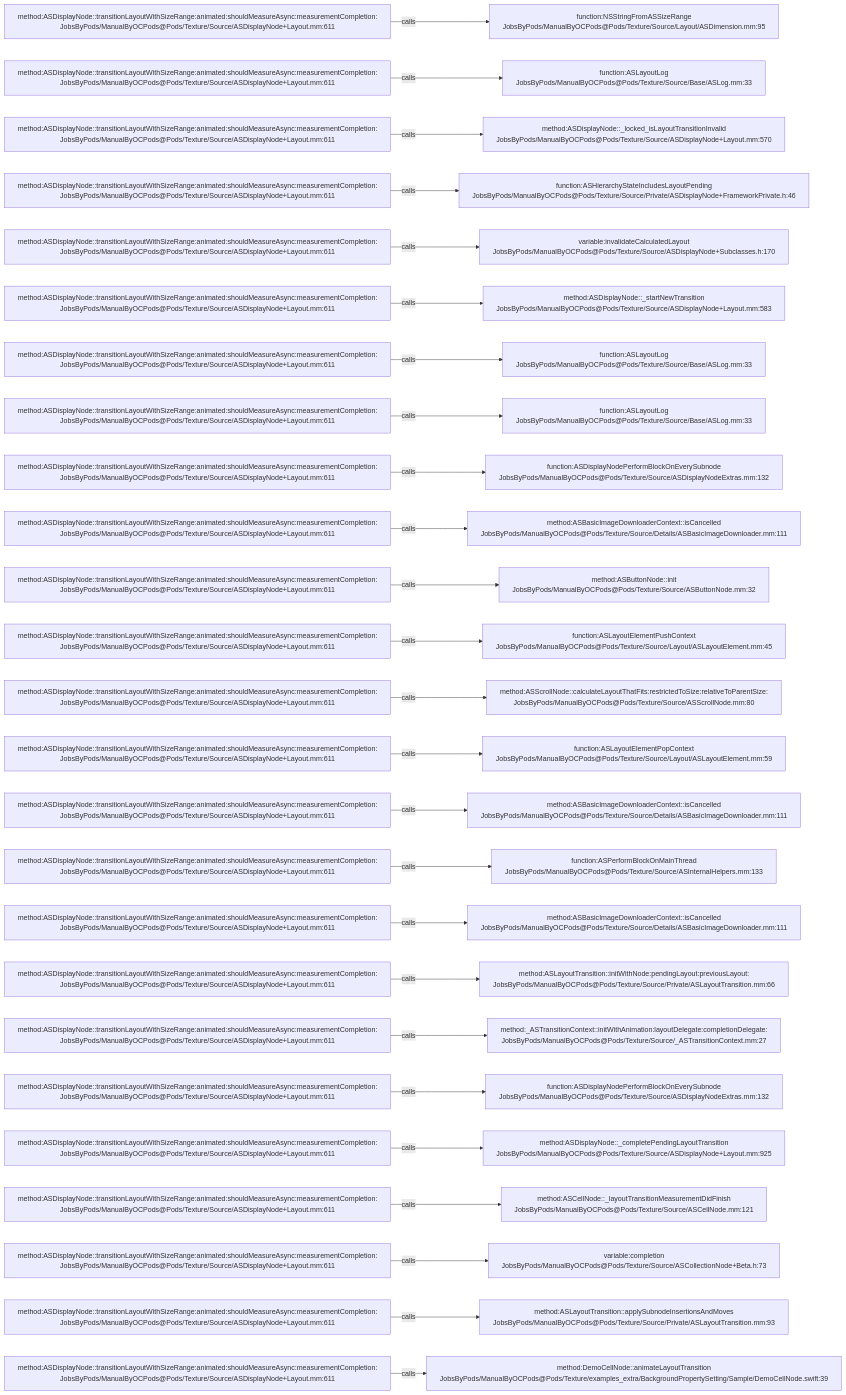
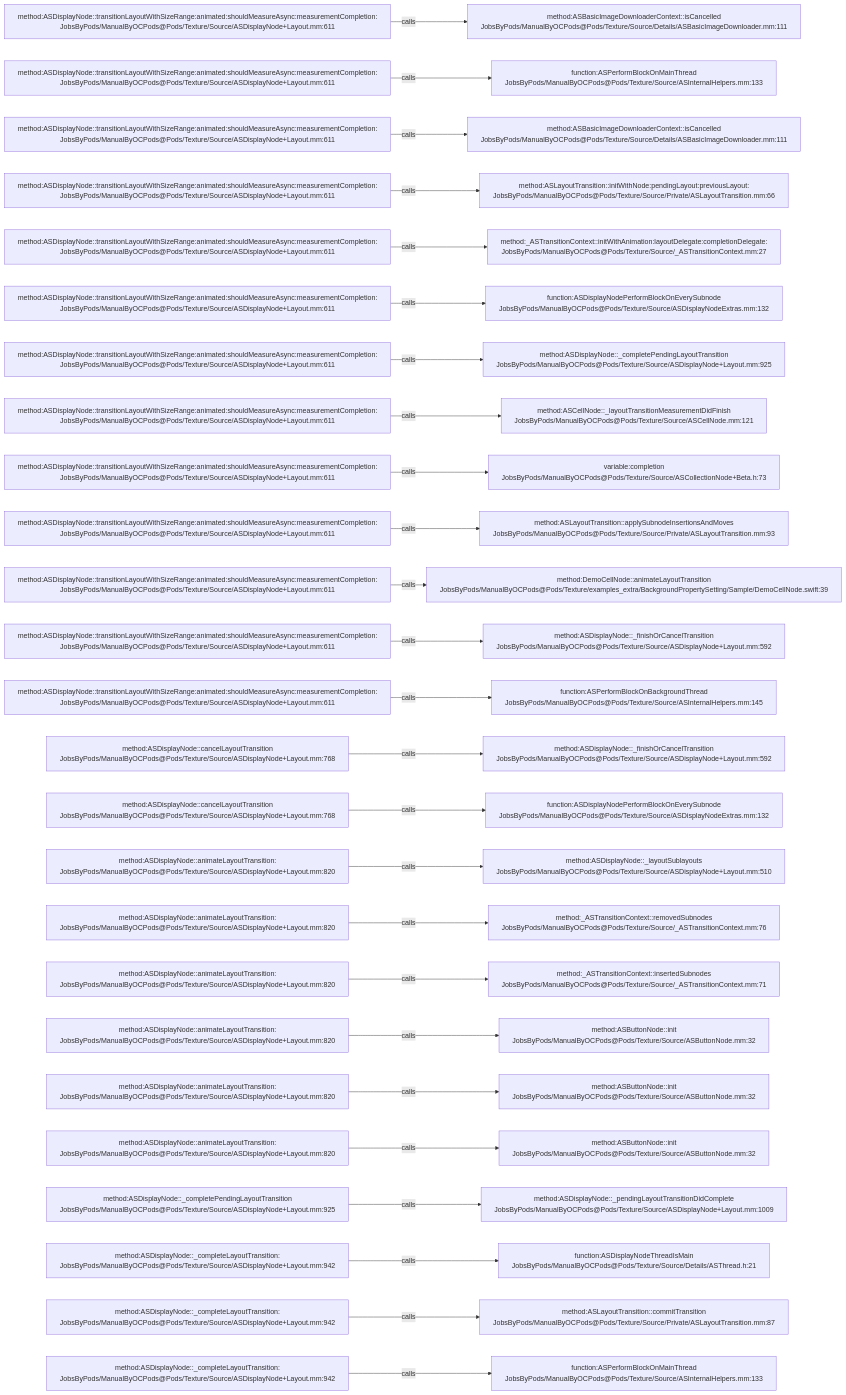
Before and after one commit to JobsKits/JobsOCBaseConfigDemo: the diagram in .codegraph/codegraph.md/graphs/calls-094.md, drawn with Mermaid. The commit also changed 296 other files, not shown here.

````diff
--- a/.codegraph/codegraph.md/graphs/calls-094.md
+++ b/.codegraph/codegraph.md/graphs/calls-094.md
@@ -13,78 +13,78 @@
 ```mermaid
 flowchart LR
   S1["method:ASDisplayNode::transitionLayoutWithSizeRange:animated:shouldMeasureAsync:measurementCompletion:<br/>JobsByPods/ManualByOCPods@Pods/Texture/Source/ASDisplayNode+Layout.mm:611"]
-  T1["function:NSStringFromASSizeRange<br/>JobsByPods/ManualByOCPods@Pods/Texture/Source/Layout/ASDimension.mm:95"]
+  T1["method:ASBasicImageDownloaderContext::isCancelled<br/>JobsByPods/ManualByOCPods@Pods/Texture/Source/Details/ASBasicImageDownloader.mm:111"]
   S1 -->|calls| T1
   S2["method:ASDisplayNode::transitionLayoutWithSizeRange:animated:shouldMeasureAsync:measurementCompletion:<br/>JobsByPods/ManualByOCPods@Pods/Texture/Source/ASDisplayNode+Layout.mm:611"]
-  T2["function:ASLayoutLog<br/>JobsByPods/ManualByOCPods@Pods/Texture/Source/Base/ASLog.mm:33"]
+  T2["function:ASPerformBlockOnMainThread<br/>JobsByPods/ManualByOCPods@Pods/Texture/Source/ASInternalHelpers.mm:133"]
   S2 -->|calls| T2
   S3["method:ASDisplayNode::transitionLayoutWithSizeRange:animated:shouldMeasureAsync:measurementCompletion:<br/>JobsByPods/ManualByOCPods@Pods/Texture/Source/ASDisplayNode+Layout.mm:611"]
-  T3["method:ASDisplayNode::_locked_isLayoutTransitionInvalid<br/>JobsByPods/ManualByOCPods@Pods/Texture/Source/ASDisplayNode+Layout.mm:570"]
+  T3["method:ASBasicImageDownloaderContext::isCancelled<br/>JobsByPods/ManualByOCPods@Pods/Texture/Source/Details/ASBasicImageDownloader.mm:111"]
   S3 -->|calls| T3
   S4["method:ASDisplayNode::transitionLayoutWithSizeRange:animated:shouldMeasureAsync:measurementCompletion:<br/>JobsByPods/ManualByOCPods@Pods/Texture/Source/ASDisplayNode+Layout.mm:611"]
-  T4["function:ASHierarchyStateIncludesLayoutPending<br/>JobsByPods/ManualByOCPods@Pods/Texture/Source/Private/ASDisplayNode+FrameworkPrivate.h:46"]
+  T4["method:ASLayoutTransition::initWithNode:pendingLayout:previousLayout:<br/>JobsByPods/ManualByOCPods@Pods/Texture/Source/Private/ASLayoutTransition.mm:66"]
   S4 -->|calls| T4
   S5["method:ASDisplayNode::transitionLayoutWithSizeRange:animated:shouldMeasureAsync:measurementCompletion:<br/>JobsByPods/ManualByOCPods@Pods/Texture/Source/ASDisplayNode+Layout.mm:611"]
-  T5["variable:invalidateCalculatedLayout<br/>JobsByPods/ManualByOCPods@Pods/Texture/Source/ASDisplayNode+Subclasses.h:170"]
+  T5["method:_ASTransitionContext::initWithAnimation:layoutDelegate:completionDelegate:<br/>JobsByPods/ManualByOCPods@Pods/Texture/Source/_ASTransitionContext.mm:27"]
   S5 -->|calls| T5
   S6["method:ASDisplayNode::transitionLayoutWithSizeRange:animated:shouldMeasureAsync:measurementCompletion:<br/>JobsByPods/ManualByOCPods@Pods/Texture/Source/ASDisplayNode+Layout.mm:611"]
-  T6["method:ASDisplayNode::_startNewTransition<br/>JobsByPods/ManualByOCPods@Pods/Texture/Source/ASDisplayNode+Layout.mm:583"]
+  T6["function:ASDisplayNodePerformBlockOnEverySubnode<br/>JobsByPods/ManualByOCPods@Pods/Texture/Source/ASDisplayNodeExtras.mm:132"]
   S6 -->|calls| T6
   S7["method:ASDisplayNode::transitionLayoutWithSizeRange:animated:shouldMeasureAsync:measurementCompletion:<br/>JobsByPods/ManualByOCPods@Pods/Texture/Source/ASDisplayNode+Layout.mm:611"]
-  T7["function:ASLayoutLog<br/>JobsByPods/ManualByOCPods@Pods/Texture/Source/Base/ASLog.mm:33"]
+  T7["method:ASDisplayNode::_completePendingLayoutTransition<br/>JobsByPods/ManualByOCPods@Pods/Texture/Source/ASDisplayNode+Layout.mm:925"]
   S7 -->|calls| T7
   S8["method:ASDisplayNode::transitionLayoutWithSizeRange:animated:shouldMeasureAsync:measurementCompletion:<br/>JobsByPods/ManualByOCPods@Pods/Texture/Source/ASDisplayNode+Layout.mm:611"]
-  T8["function:ASLayoutLog<br/>JobsByPods/ManualByOCPods@Pods/Texture/Source/Base/ASLog.mm:33"]
+  T8["method:ASCellNode::_layoutTransitionMeasurementDidFinish<br/>JobsByPods/ManualByOCPods@Pods/Texture/Source/ASCellNode.mm:121"]
   S8 -->|calls| T8
   S9["method:ASDisplayNode::transitionLayoutWithSizeRange:animated:shouldMeasureAsync:measurementCompletion:<br/>JobsByPods/ManualByOCPods@Pods/Texture/Source/ASDisplayNode+Layout.mm:611"]
-  T9["function:ASDisplayNodePerformBlockOnEverySubnode<br/>JobsByPods/ManualByOCPods@Pods/Texture/Source/ASDisplayNodeExtras.mm:132"]
+  T9["variable:completion<br/>JobsByPods/ManualByOCPods@Pods/Texture/Source/ASCollectionNode+Beta.h:73"]
   S9 -->|calls| T9
   S10["method:ASDisplayNode::transitionLayoutWithSizeRange:animated:shouldMeasureAsync:measurementCompletion:<br/>JobsByPods/ManualByOCPods@Pods/Texture/Source/ASDisplayNode+Layout.mm:611"]
-  T10["method:ASBasicImageDownloaderContext::isCancelled<br/>JobsByPods/ManualByOCPods@Pods/Texture/Source/Details/ASBasicImageDownloader.mm:111"]
+  T10["method:ASLayoutTransition::applySubnodeInsertionsAndMoves<br/>JobsByPods/ManualByOCPods@Pods/Texture/Source/Private/ASLayoutTransition.mm:93"]
   S10 -->|calls| T10
   S11["method:ASDisplayNode::transitionLayoutWithSizeRange:animated:shouldMeasureAsync:measurementCompletion:<br/>JobsByPods/ManualByOCPods@Pods/Texture/Source/ASDisplayNode+Layout.mm:611"]
-  T11["method:ASButtonNode::init<br/>JobsByPods/ManualByOCPods@Pods/Texture/Source/ASButtonNode.mm:32"]
+  T11["method:DemoCellNode::animateLayoutTransition<br/>JobsByPods/ManualByOCPods@Pods/Texture/examples_extra/BackgroundPropertySetting/Sample/DemoCellNode.swift:39"]
   S11 -->|calls| T11
   S12["method:ASDisplayNode::transitionLayoutWithSizeRange:animated:shouldMeasureAsync:measurementCompletion:<br/>JobsByPods/ManualByOCPods@Pods/Texture/Source/ASDisplayNode+Layout.mm:611"]
-  T12["function:ASLayoutElementPushContext<br/>JobsByPods/ManualByOCPods@Pods/Texture/Source/Layout/ASLayoutElement.mm:45"]
+  T12["method:ASDisplayNode::_finishOrCancelTransition<br/>JobsByPods/ManualByOCPods@Pods/Texture/Source/ASDisplayNode+Layout.mm:592"]
   S12 -->|calls| T12
   S13["method:ASDisplayNode::transitionLayoutWithSizeRange:animated:shouldMeasureAsync:measurementCompletion:<br/>JobsByPods/ManualByOCPods@Pods/Texture/Source/ASDisplayNode+Layout.mm:611"]
-  T13["method:ASScrollNode::calculateLayoutThatFits:restrictedToSize:relativeToParentSize:<br/>JobsByPods/ManualByOCPods@Pods/Texture/Source/ASScrollNode.mm:80"]
+  T13["function:ASPerformBlockOnBackgroundThread<br/>JobsByPods/ManualByOCPods@Pods/Texture/Source/ASInternalHelpers.mm:145"]
   S13 -->|calls| T13
-  S14["method:ASDisplayNode::transitionLayoutWithSizeRange:animated:shouldMeasureAsync:measurementCompletion:<br/>JobsByPods/ManualByOCPods@Pods/Texture/Source/ASDisplayNode+Layout.mm:611"]
-  T14["function:ASLayoutElementPopContext<br/>JobsByPods/ManualByOCPods@Pods/Texture/Source/Layout/ASLayoutElement.mm:59"]
+  S14["method:ASDisplayNode::cancelLayoutTransition<br/>JobsByPods/ManualByOCPods@Pods/Texture/Source/ASDisplayNode+Layout.mm:768"]
+  T14["method:ASDisplayNode::_finishOrCancelTransition<br/>JobsByPods/ManualByOCPods@Pods/Texture/Source/ASDisplayNode+Layout.mm:592"]
   S14 -->|calls| T14
-  S15["method:ASDisplayNode::transitionLayoutWithSizeRange:animated:shouldMeasureAsync:measurementCompletion:<br/>JobsByPods/ManualByOCPods@Pods/Texture/Source/ASDisplayNode+Layout.mm:611"]
-  T15["method:ASBasicImageDownloaderContext::isCancelled<br/>JobsByPods/ManualByOCPods@Pods/Texture/Source/Details/ASBasicImageDownloader.mm:111"]
+  S15["method:ASDisplayNode::cancelLayoutTransition<br/>JobsByPods/ManualByOCPods@Pods/Texture/Source/ASDisplayNode+Layout.mm:768"]
+  T15["function:ASDisplayNodePerformBlockOnEverySubnode<br/>JobsByPods/ManualByOCPods@Pods/Texture/Source/ASDisplayNodeExtras.mm:132"]
   S15 -->|calls| T15
-  S16["method:ASDisplayNode::transitionLayoutWithSizeRange:animated:shouldMeasureAsync:measurementCompletion:<br/>JobsByPods/ManualByOCPods@Pods/Texture/Source/ASDisplayNode+Layout.mm:611"]
-  T16["function:ASPerformBlockOnMainThread<br/>JobsByPods/ManualByOCPods@Pods/Texture/Source/ASInternalHelpers.mm:133"]
+  S16["method:ASDisplayNode::animateLayoutTransition:<br/>JobsByPods/ManualByOCPods@Pods/Texture/Source/ASDisplayNode+Layout.mm:820"]
+  T16["method:ASDisplayNode::_layoutSublayouts<br/>JobsByPods/ManualByOCPods@Pods/Texture/Source/ASDisplayNode+Layout.mm:510"]
   S16 -->|calls| T16
-  S17["method:ASDisplayNode::transitionLayoutWithSizeRange:animated:shouldMeasureAsync:measurementCompletion:<br/>JobsByPods/ManualByOCPods@Pods/Texture/Source/ASDisplayNode+Layout.mm:611"]
-  T17["method:ASBasicImageDownloaderContext::isCancelled<br/>JobsByPods/ManualByOCPods@Pods/Texture/Source/Details/ASBasicImageDownloader.mm:111"]
+  S17["method:ASDisplayNode::animateLayoutTransition:<br/>JobsByPods/ManualByOCPods@Pods/Texture/Source/ASDisplayNode+Layout.mm:820"]
+  T17["method:_ASTransitionContext::removedSubnodes<br/>JobsByPods/ManualByOCPods@Pods/Texture/Source/_ASTransitionContext.mm:76"]
   S17 -->|calls| T17
-  S18["method:ASDisplayNode::transitionLayoutWithSizeRange:animated:shouldMeasureAsync:measurementCompletion:<br/>JobsByPods/ManualByOCPods@Pods/Texture/Source/ASDisplayNode+Layout.mm:611"]
-  T18["method:ASLayoutTransition::initWithNode:pendingLayout:previousLayout:<br/>JobsByPods/ManualByOCPods@Pods/Texture/Source/Private/ASLayoutTransition.mm:66"]
+  S18["method:ASDisplayNode::animateLayoutTransition:<br/>JobsByPods/ManualByOCPods@Pods/Texture/Source/ASDisplayNode+Layout.mm:820"]
+  T18["method:_ASTransitionContext::insertedSubnodes<br/>JobsByPods/ManualByOCPods@Pods/Texture/Source/_ASTransitionContext.mm:71"]
   S18 -->|calls| T18
-  S19["method:ASDisplayNode::transitionLayoutWithSizeRange:animated:shouldMeasureAsync:measurementCompletion:<br/>JobsByPods/ManualByOCPods@Pods/Texture/Source/ASDisplayNode+Layout.mm:611"]
-  T19["method:_ASTransitionContext::initWithAnimation:layoutDelegate:completionDelegate:<br/>JobsByPods/ManualByOCPods@Pods/Texture/Source/_ASTransitionContext.mm:27"]
+  S19["method:ASDisplayNode::animateLayoutTransition:<br/>JobsByPods/ManualByOCPods@Pods/Texture/Source/ASDisplayNode+Layout.mm:820"]
+  T19["method:ASButtonNode::init<br/>JobsByPods/ManualByOCPods@Pods/Texture/Source/ASButtonNode.mm:32"]
   S19 -->|calls| T19
-  S20["method:ASDisplayNode::transitionLayoutWithSizeRange:animated:shouldMeasureAsync:measurementCompletion:<br/>JobsByPods/ManualByOCPods@Pods/Texture/Source/ASDisplayNode+Layout.mm:611"]
-  T20["function:ASDisplayNodePerformBlockOnEverySubnode<br/>JobsByPods/ManualByOCPods@Pods/Texture/Source/ASDisplayNodeExtras.mm:132"]
+  S20["method:ASDisplayNode::animateLayoutTransition:<br/>JobsByPods/ManualByOCPods@Pods/Texture/Source/ASDisplayNode+Layout.mm:820"]
+  T20["method:ASButtonNode::init<br/>JobsByPods/ManualByOCPods@Pods/Texture/Source/ASButtonNode.mm:32"]
   S20 -->|calls| T20
-  S21["method:ASDisplayNode::transitionLayoutWithSizeRange:animated:shouldMeasureAsync:measurementCompletion:<br/>JobsByPods/ManualByOCPods@Pods/Texture/Source/ASDisplayNode+Layout.mm:611"]
-  T21["method:ASDisplayNode::_completePendingLayoutTransition<br/>JobsByPods/ManualByOCPods@Pods/Texture/Source/ASDisplayNode+Layout.mm:925"]
+  S21["method:ASDisplayNode::animateLayoutTransition:<br/>JobsByPods/ManualByOCPods@Pods/Texture/Source/ASDisplayNode+Layout.mm:820"]
+  T21["method:ASButtonNode::init<br/>JobsByPods/ManualByOCPods@Pods/Texture/Source/ASButtonNode.mm:32"]
   S21 -->|calls| T21
-  S22["method:ASDisplayNode::transitionLayoutWithSizeRange:animated:shouldMeasureAsync:measurementCompletion:<br/>JobsByPods/ManualByOCPods@Pods/Texture/Source/ASDisplayNode+Layout.mm:611"]
-  T22["method:ASCellNode::_layoutTransitionMeasurementDidFinish<br/>JobsByPods/ManualByOCPods@Pods/Texture/Source/ASCellNode.mm:121"]
+  S22["method:ASDisplayNode::_completePendingLayoutTransition<br/>JobsByPods/ManualByOCPods@Pods/Texture/Source/ASDisplayNode+Layout.mm:925"]
+  T22["method:ASDisplayNode::_pendingLayoutTransitionDidComplete<br/>JobsByPods/ManualByOCPods@Pods/Texture/Source/ASDisplayNode+Layout.mm:1009"]
   S22 -->|calls| T22
-  S23["method:ASDisplayNode::transitionLayoutWithSizeRange:animated:shouldMeasureAsync:measurementCompletion:<br/>JobsByPods/ManualByOCPods@Pods/Texture/Source/ASDisplayNode+Layout.mm:611"]
-  T23["variable:completion<br/>JobsByPods/ManualByOCPods@Pods/Texture/Source/ASCollectionNode+Beta.h:73"]
+  S23["method:ASDisplayNode::_completeLayoutTransition:<br/>JobsByPods/ManualByOCPods@Pods/Texture/Source/ASDisplayNode+Layout.mm:942"]
+  T23["function:ASDisplayNodeThreadIsMain<br/>JobsByPods/ManualByOCPods@Pods/Texture/Source/Details/ASThread.h:21"]
   S23 -->|calls| T23
-  S24["method:ASDisplayNode::transitionLayoutWithSizeRange:animated:shouldMeasureAsync:measurementCompletion:<br/>JobsByPods/ManualByOCPods@Pods/Texture/Source/ASDisplayNode+Layout.mm:611"]
-  T24["method:ASLayoutTransition::applySubnodeInsertionsAndMoves<br/>JobsByPods/ManualByOCPods@Pods/Texture/Source/Private/ASLayoutTransition.mm:93"]
+  S24["method:ASDisplayNode::_completeLayoutTransition:<br/>JobsByPods/ManualByOCPods@Pods/Texture/Source/ASDisplayNode+Layout.mm:942"]
+  T24["method:ASLayoutTransition::commitTransition<br/>JobsByPods/ManualByOCPods@Pods/Texture/Source/Private/ASLayoutTransition.mm:87"]
   S24 -->|calls| T24
-  S25["method:ASDisplayNode::transitionLayoutWithSizeRange:animated:shouldMeasureAsync:measurementCompletion:<br/>JobsByPods/ManualByOCPods@Pods/Texture/Source/ASDisplayNode+Layout.mm:611"]
-  T25["method:DemoCellNode::animateLayoutTransition<br/>JobsByPods/ManualByOCPods@Pods/Texture/examples_extra/BackgroundPropertySetting/Sample/DemoCellNode.swift:39"]
+  S25["method:ASDisplayNode::_completeLayoutTransition:<br/>JobsByPods/ManualByOCPods@Pods/Texture/Source/ASDisplayNode+Layout.mm:942"]
+  T25["function:ASPerformBlockOnMainThread<br/>JobsByPods/ManualByOCPods@Pods/Texture/Source/ASInternalHelpers.mm:133"]
   S25 -->|calls| T25
 ```
````
